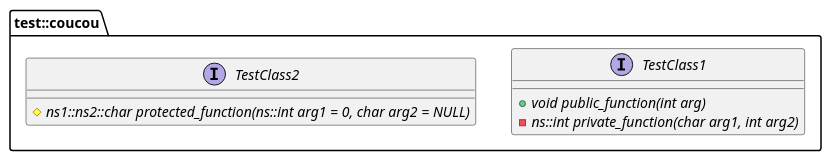
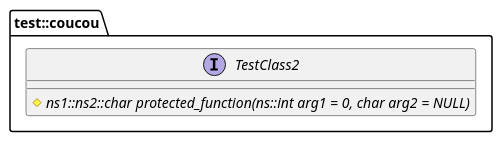
One commit to pngouembe/codegen changed the diagram in test.plantuml. Above: the diagram before and after it, drawn with PlantUML. The commit also changed 8 other files, not shown here.

```diff
--- a/test.plantuml
+++ b/test.plantuml
@@ -1,16 +1,16 @@
 @startuml
 
 ' set namespaceSeparator ::
 
 namespace test::coucou{
 
-Interface TestClass1{
-    + {abstract} void public_function(int arg)
-    - {abstract} ns::int private_function(char arg1, int arg2)
-}
+' Interface TestClass1{
+'     + {abstract} void public_function(int arg)
+'     - {abstract} ns::int private_function(char arg1, int arg2)
+' }
 
 interface TestClass2{
     # {abstract} ns1::ns2::char protected_function(ns::int arg1 = 0, char arg2 = NULL)
 }
 }
 @enduml
```
